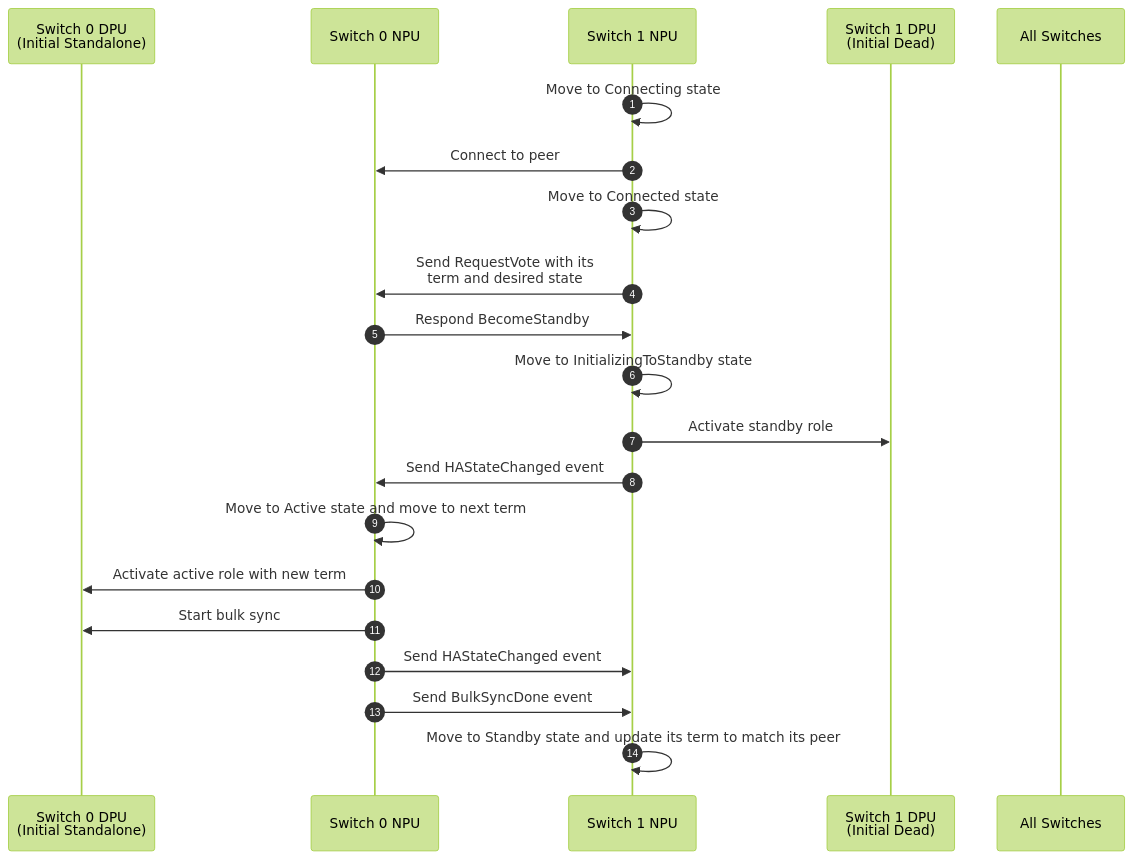
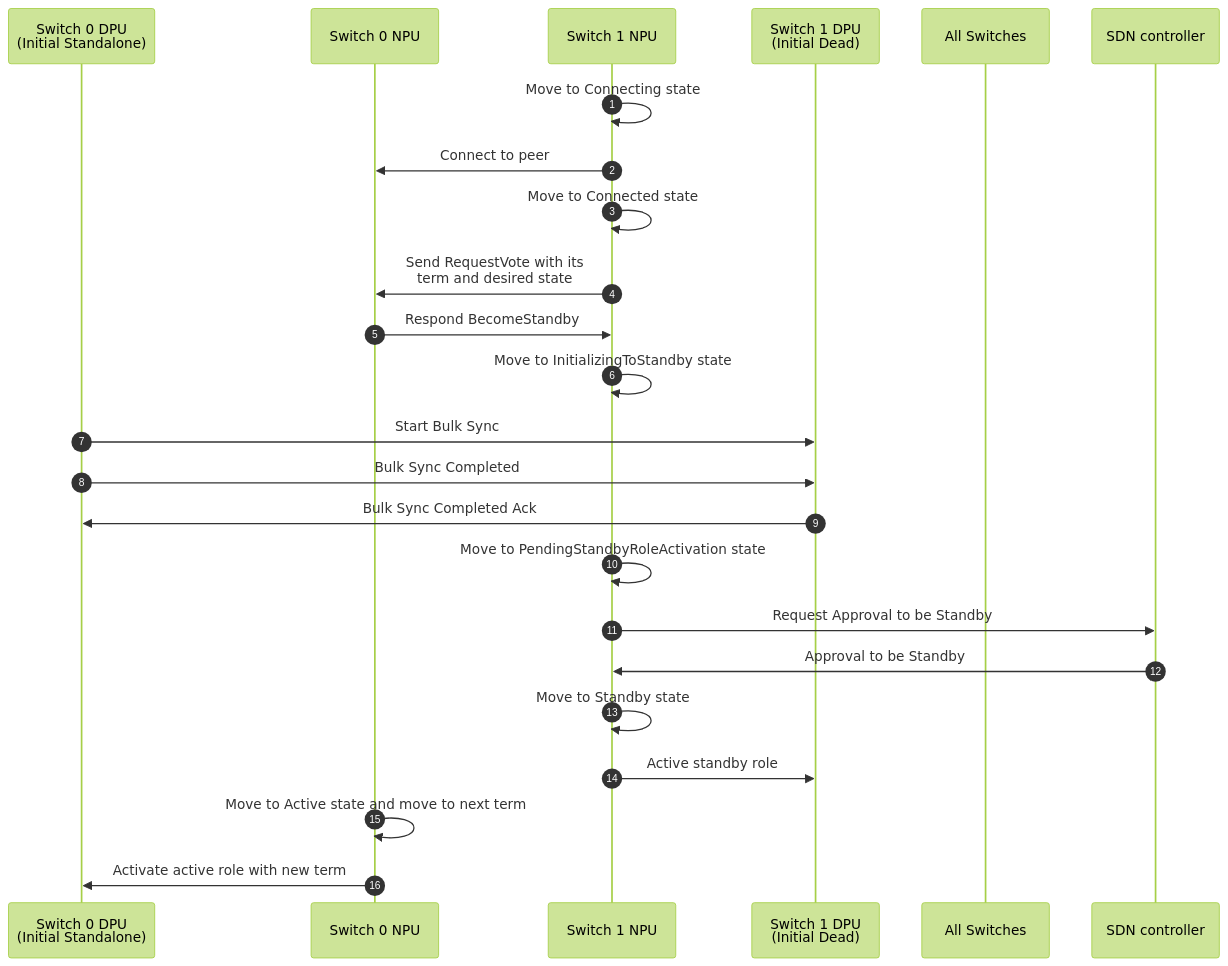
The second of 6 diagrams in doc/smart-switch/high-availability/smart-switch-ha-hld.md (sonic-net/SONiC), drawn with Mermaid (forest theme) before and after one commit. The commit also changed other lines of this file, not shown here.

````diff
--- a/doc/smart-switch/high-availability/smart-switch-ha-hld.md
+++ b/doc/smart-switch/high-availability/smart-switch-ha-hld.md
@@ -1035,30 +1045,32 @@
 ```mermaid
 sequenceDiagram
     autonumber
 
     participant S0D as Switch 0 DPU<br>(Initial Standalone)
     participant S0N as Switch 0 NPU
     participant S1N as Switch 1 NPU
     participant S1D as Switch 1 DPU<br>(Initial Dead)
     participant SA as All Switches
+    participant SDN as SDN controller
 
     S1N->>S1N: Move to Connecting state
 
     S1N->>S0N: Connect to peer
     S1N->>S1N: Move to Connected state
 
     S1N->>S0N: Send RequestVote with its<br>term and desired state
     S0N->>S1N: Respond BecomeStandby
 
     S1N->>S1N: Move to InitializingToStandby state
-    S1N->>S1D: Activate standby role
-    S1N->>S0N: Send HAStateChanged event
+    S0D->>S1D: Start Bulk Sync
+    S0D->>S1D: Bulk Sync Completed
+    S1D->>S0D: Bulk Sync Completed Ack
+    S1N->>S1N: Move to PendingStandbyRoleActivation state
+    S1N->>SDN: Request Approval to be Standby
+    SDN->>S1N: Approval to be Standby
+    S1N->>S1N: Move to Standby state
+    S1N->>S1D: Active standby role
 
     S0N->>S0N: Move to Active state and move to next term
     S0N->>S0D: Activate active role with new term
-    S0N->>S0D: Start bulk sync
-    S0N->>S1N: Send HAStateChanged event
-
-    S0N->>S1N: Send BulkSyncDone event
-    S1N->>S1N: Move to Standby state and update its term to match its peer
 ```
````
